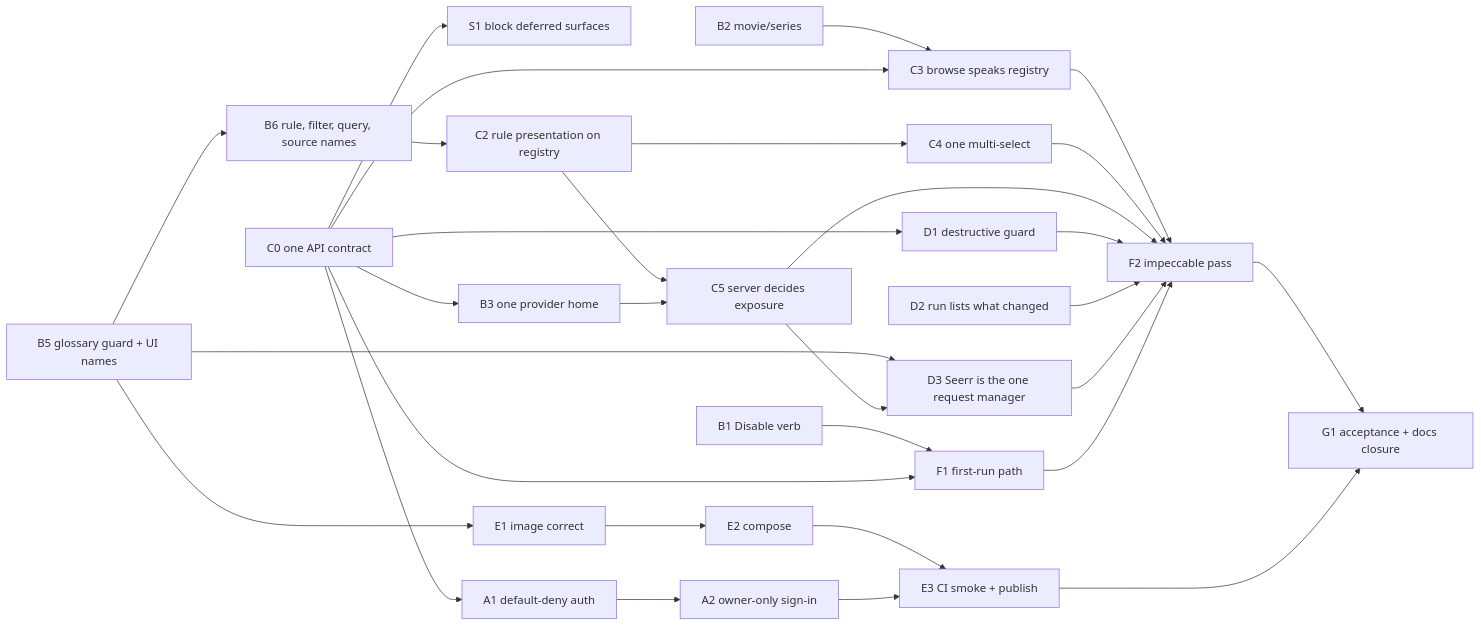
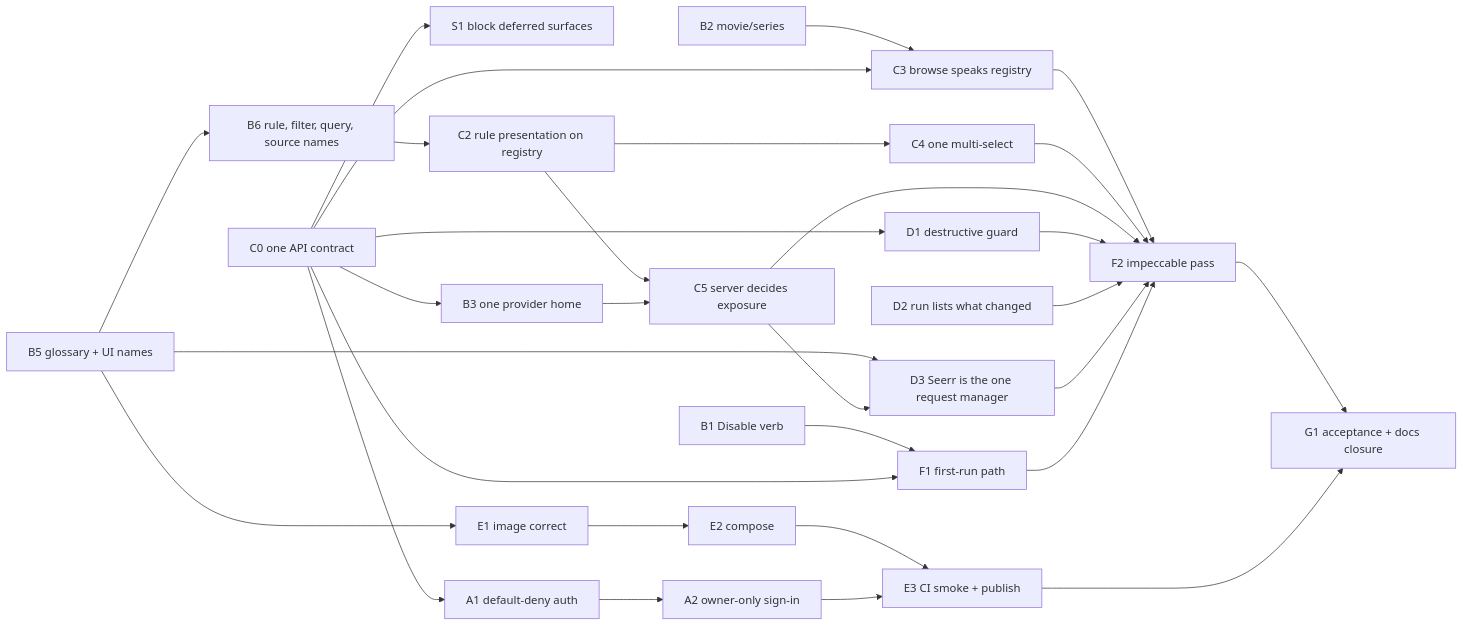
Before and after one commit to nokternol/warden: the diagram in docs/in_progress/mvp/plan.md, drawn with Mermaid. The commit also changed other lines of this file and 44 other files, not shown here.

First line of the commit message:
B5 · Glossary and user-facing names (#92)

````diff
--- a/docs/in_progress/mvp/plan.md
+++ b/docs/in_progress/mvp/plan.md
@@ -260,23 +258,23 @@
 ```mermaid
 flowchart LR
   C0[C0 one API contract] --> S1[S1 block deferred surfaces]
   C0 --> A1[A1 default-deny auth]
   C0 --> B3[B3 one provider home]
   A1 --> A2[A2 owner-only sign-in]
   B1[B1 Disable verb] --> F1[F1 first-run path]
   B2[B2 movie/series] --> C3[C3 browse speaks registry]
-  B5[B5 glossary guard + UI names] --> E1
+  B5[B5 glossary + UI names] --> E1
   B5 --> B6[B6 rule, filter, query, source names]
   B6 --> C2[C2 rule presentation on registry]
   C0 --> C3
   C0 --> D1[D1 destructive guard]
   C0 --> F1
   C2 --> C4[C4 one multi-select]
   C2 & B3 --> C5[C5 server decides exposure]
   D2[D2 run lists what changed]
   B5 & C5 --> D3[D3 Seerr is the one request manager]
   E1[E1 image correct] --> E2[E2 compose] --> E3[E3 CI smoke + publish]
   A2 --> E3
   C3 & C4 & C5 & D1 & D2 & D3 & F1 --> F2[F2 impeccable pass]
   F2 & E3 --> G1[G1 acceptance + docs closure]
 ```
````
